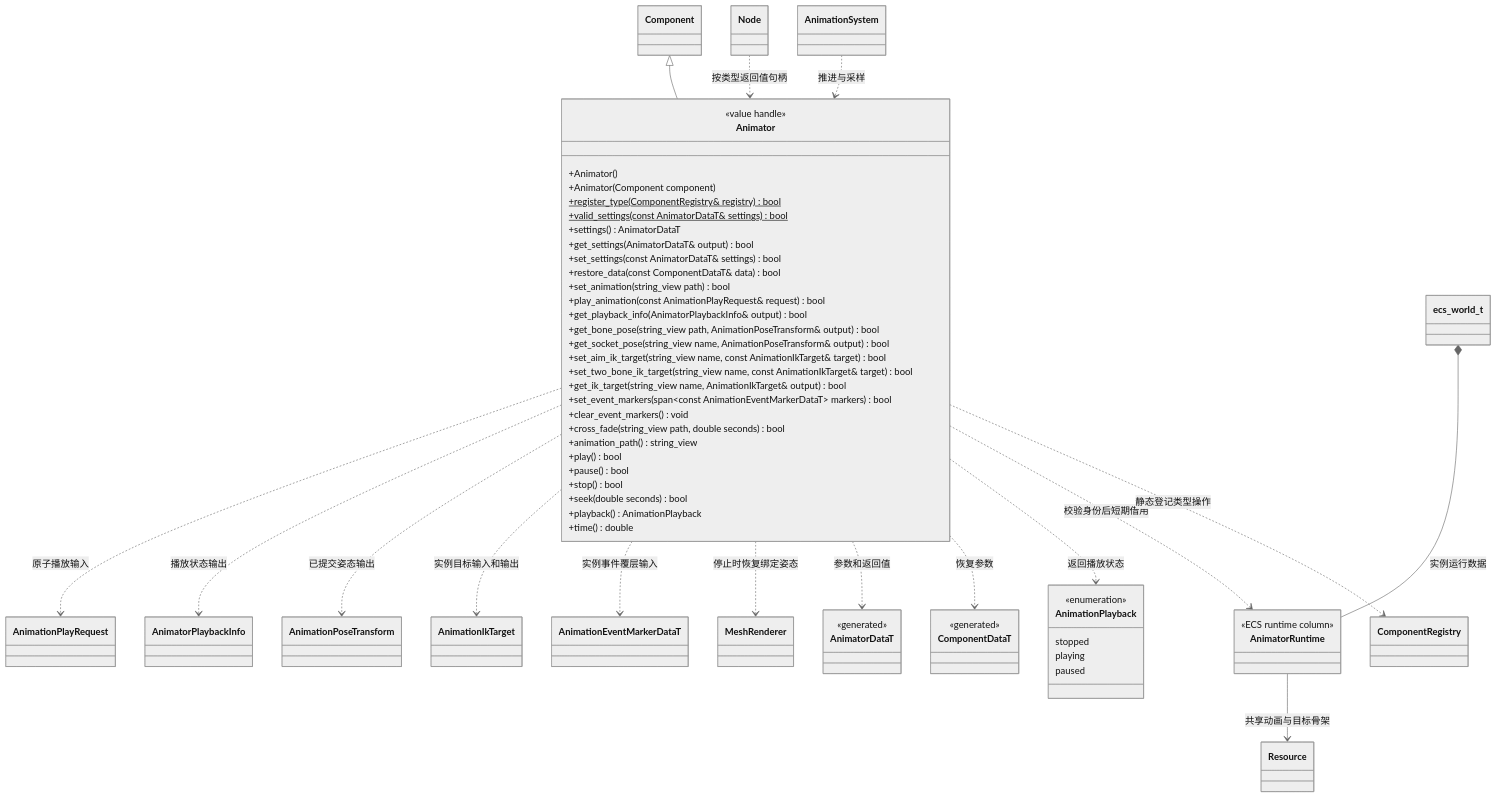
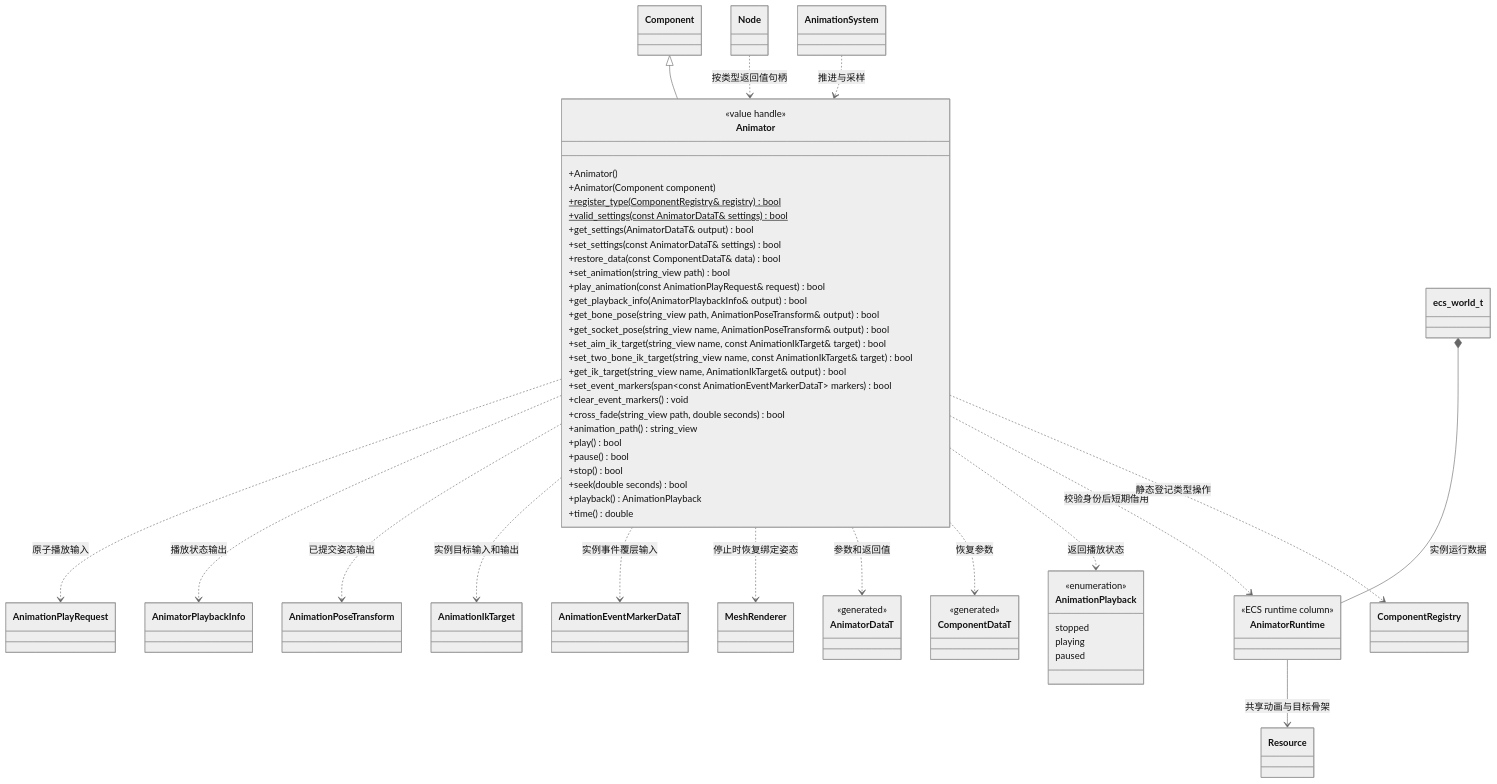
Before and after one commit to lcals/Engine: the diagram in docs/runtime/class-diagrams/animator.md, drawn with Mermaid (neutral theme). The commit also changed other lines of this file and 244 other files, not shown here.

````diff
--- a/docs/runtime/class-diagrams/animator.md
+++ b/docs/runtime/class-diagrams/animator.md
@@ -5,77 +5,77 @@
 ```mermaid
 classDiagram
     class Animator {
         <<value handle>>
         +Animator()
         +Animator(Component component)
         +register_type(ComponentRegistry& registry) bool$
         <<final>>
         +valid_settings(const AnimatorDataT& settings)$ bool
-        +settings() AnimatorDataT
+
         +get_settings(AnimatorDataT& output) bool
         +set_settings(const AnimatorDataT& settings) bool
         +restore_data(const ComponentDataT& data) bool
         +set_animation(string_view path) bool
         +play_animation(const AnimationPlayRequest& request) bool
         +get_playback_info(AnimatorPlaybackInfo& output) bool
         +get_bone_pose(string_view path, AnimationPoseTransform& output) bool
         +get_socket_pose(string_view name, AnimationPoseTransform& output) bool
         +set_aim_ik_target(string_view name, const AnimationIkTarget& target) bool
         +set_two_bone_ik_target(string_view name, const AnimationIkTarget& target) bool
         +get_ik_target(string_view name, AnimationIkTarget& output) bool
         +set_event_markers(span~const AnimationEventMarkerDataT~ markers) bool
         +clear_event_markers() void
         +cross_fade(string_view path, double seconds) bool
         +animation_path() string_view
         +play() bool
         +pause() bool
         +stop() bool
         +seek(double seconds) bool
         +playback() AnimationPlayback
         +time() double
     }
     class AnimationPlayRequest
     class AnimatorPlaybackInfo
     class AnimationPoseTransform
     class AnimationIkTarget
     class AnimationEventMarkerDataT
     Animator ..> AnimationPlayRequest : 原子播放输入
     Animator ..> AnimatorPlaybackInfo : 播放状态输出
     Animator ..> AnimationPoseTransform : 已提交姿态输出
     Animator ..> AnimationIkTarget : 实例目标输入和输出
     Animator ..> AnimationEventMarkerDataT : 实例事件覆层输入
     class Component
     class Node
     class AnimationSystem
     class MeshRenderer
     class Resource
     class AnimatorDataT {
         <<generated>>
     }
     class ComponentDataT {
         <<generated>>
     }
     class AnimationPlayback {
         <<enumeration>>
         stopped
         playing
         paused
     }
     Component <|-- Animator
     Node ..> Animator : 按类型返回值句柄
     AnimatorRuntime --> Resource : 共享动画与目标骨架
     Animator ..> MeshRenderer : 停止时恢复绑定姿态
     Animator ..> AnimatorDataT : 参数和返回值
     Animator ..> ComponentDataT : 恢复参数
     Animator ..> AnimationPlayback : 返回播放状态
     AnimationSystem ..> Animator : 推进与采样
     class ComponentRegistry
     class ecs_world_t
     class AnimatorRuntime {
         <<ECS runtime column>>
     }
     ecs_world_t *-- AnimatorRuntime : 实例运行数据
     Animator ..> AnimatorRuntime : 校验身份后短期借用
     Animator ..> ComponentRegistry : 静态登记类型操作
 
 ```
````
